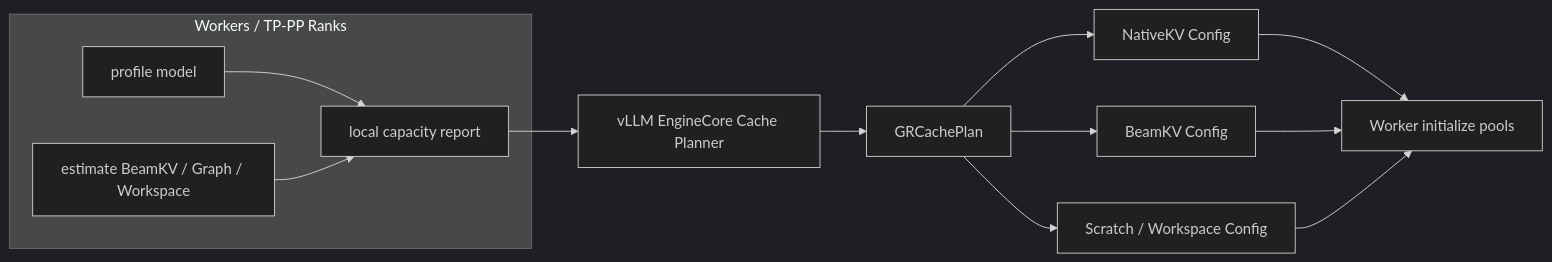
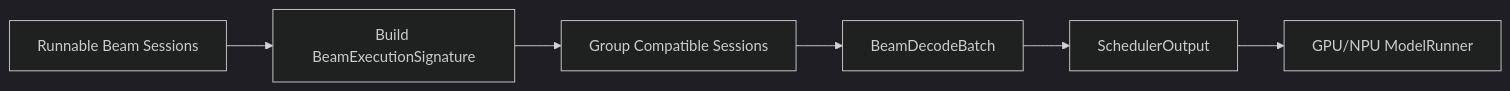
Before and after one commit to zhanghanleo10/gr-related: the third of 9 diagrams in GR/beam_incremental_decode_unified_architecture_design.md, drawn with Mermaid (dark theme). The commit also changed other lines of this file, not shown here.

````diff
--- a/GR/beam_incremental_decode_unified_architecture_design.md
+++ b/GR/beam_incremental_decode_unified_architecture_design.md
@@ -377,20 +455,8 @@
 ```mermaid
 flowchart LR
-    subgraph WORKERS["Workers / TP-PP Ranks"]
-        P["profile model"]
-        E["estimate BeamKV / Graph / Workspace"]
-        R["local capacity report"]
-        P --> R
-        E --> R
-    end
-
-    R --> EC["vLLM EngineCore Cache Planner"]
-    EC --> CP["GRCachePlan"]
-    CP --> NCFG["NativeKV Config"]
-    CP --> BCFG["BeamKV Config"]
-    CP --> WCFG["Scratch / Workspace Config"]
-
-    NCFG --> WINIT["Worker initialize pools"]
-    BCFG --> WINIT
-    WCFG --> WINIT
+    R["Runnable Beam Sessions"] --> S["Build BeamExecutionSignature"]
+    S --> G["Group Compatible Sessions"]
+    G --> B["BeamDecodeBatch"]
+    B --> O["SchedulerOutput"]
+    O --> M["GPU/NPU ModelRunner"]
 ```
````
